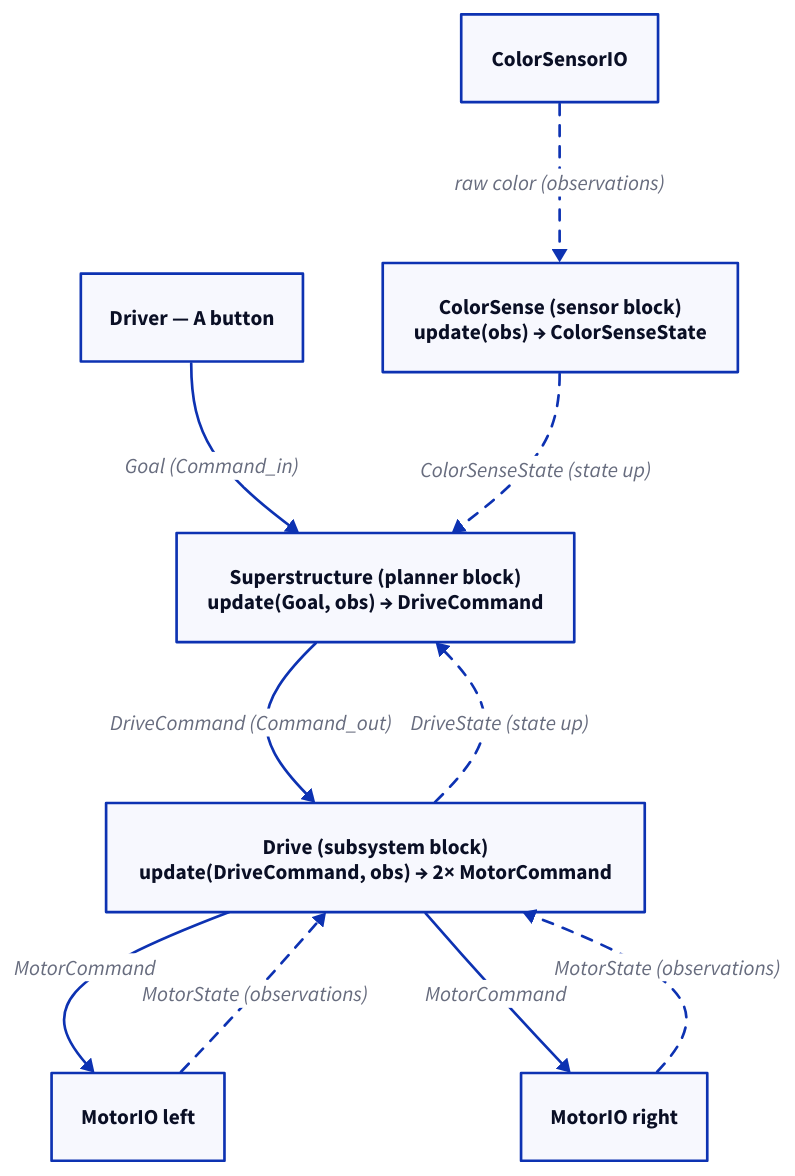
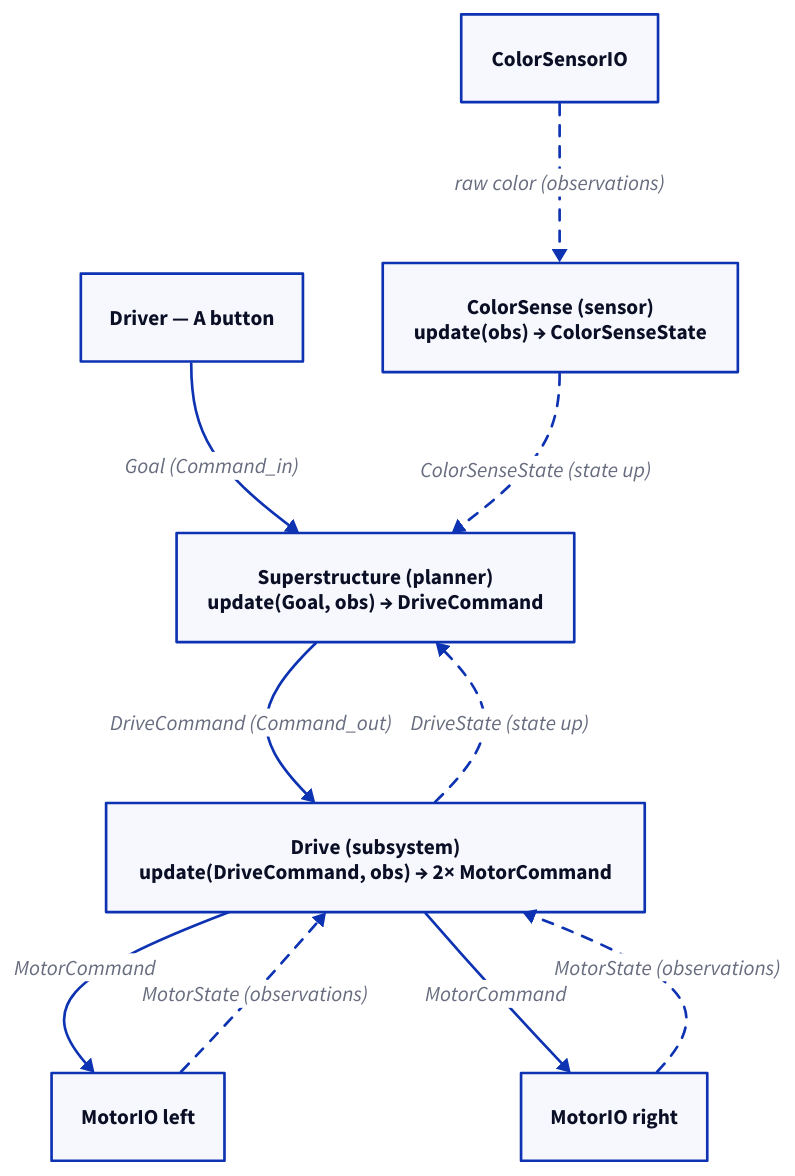
The diagram in docs/elite-arch/appendices/minimal-worked-example.md (League-Robotics/frc-code-scout), drawn with D2 before and after one commit. The commit also changed other lines of this file and 27 other files, not shown here.

````diff
--- a/docs/elite-arch/appendices/minimal-worked-example.md
+++ b/docs/elite-arch/appendices/minimal-worked-example.md
@@ -43,19 +43,19 @@
 ```d2
 direction: down
 DRV: "Driver — A button"
-SUP: "Superstructure (planner block)\nupdate(Goal, obs) → DriveCommand"
-DR: "Drive (subsystem block)\nupdate(DriveCommand, obs) → 2× MotorCommand"
-CS: "ColorSense (sensor block)\nupdate(obs) → ColorSenseState"
+SUP: "Superstructure (planner)\nupdate(Goal, obs) → DriveCommand"
+DR: "Drive (subsystem)\nupdate(DriveCommand, obs) → 2× MotorCommand"
+CS: "ColorSense (sensor)\nupdate(obs) → ColorSenseState"
 LM: "MotorIO left"
 RM: "MotorIO right"
 CIO: "ColorSensorIO"
 DRV -> SUP: "Goal (Command_in)"
 SUP -> DR: "DriveCommand (Command_out)"
 DR -> LM: "MotorCommand"
 DR -> RM: "MotorCommand"
 LM -> DR: "MotorState (observations)" { style.stroke-dash: 4 }
 RM -> DR: "MotorState (observations)" { style.stroke-dash: 4 }
 CIO -> CS: "raw color (observations)" { style.stroke-dash: 4 }
 CS -> SUP: "ColorSenseState (state up)" { style.stroke-dash: 4 }
 DR -> SUP: "DriveState (state up)" { style.stroke-dash: 4 }
 ```
````
